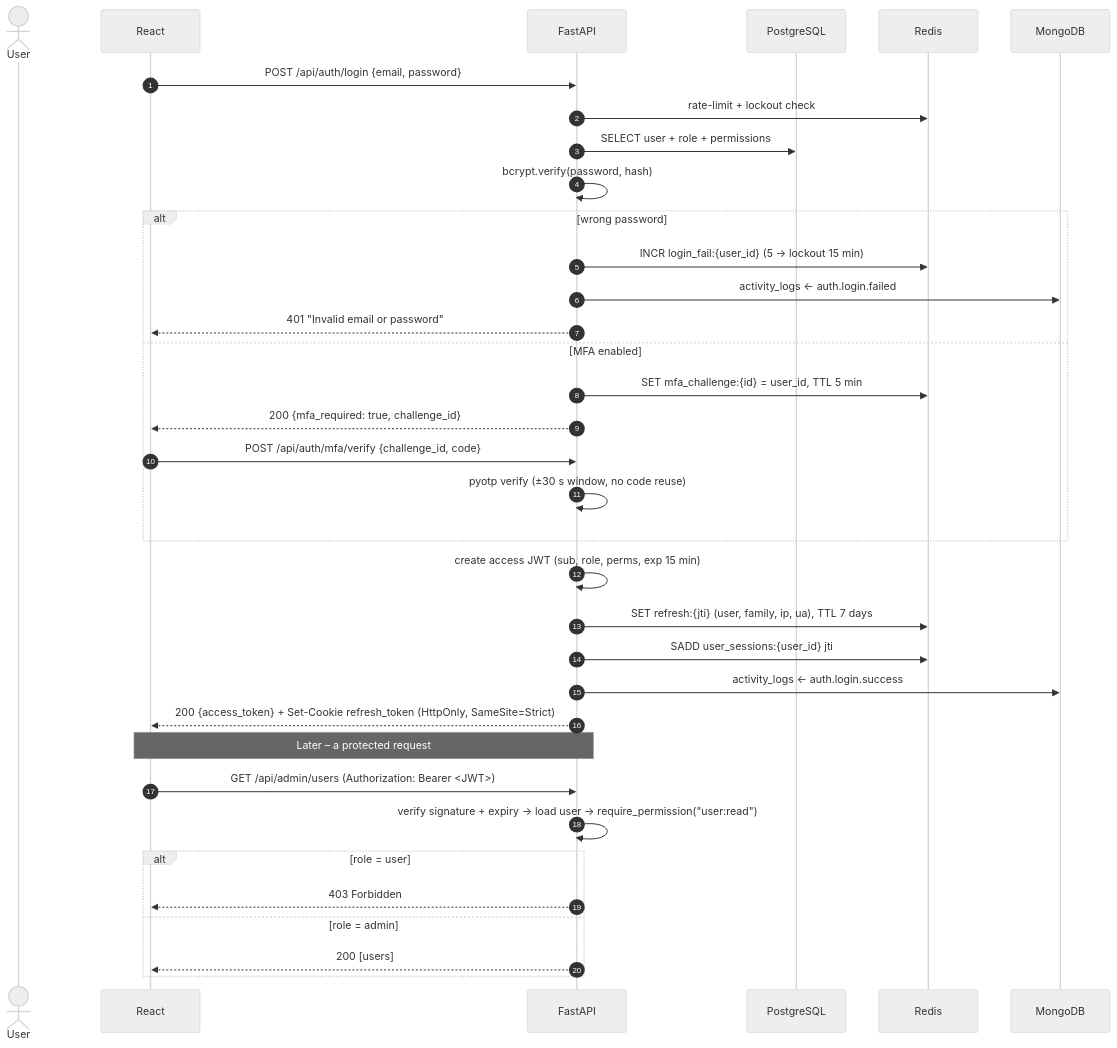
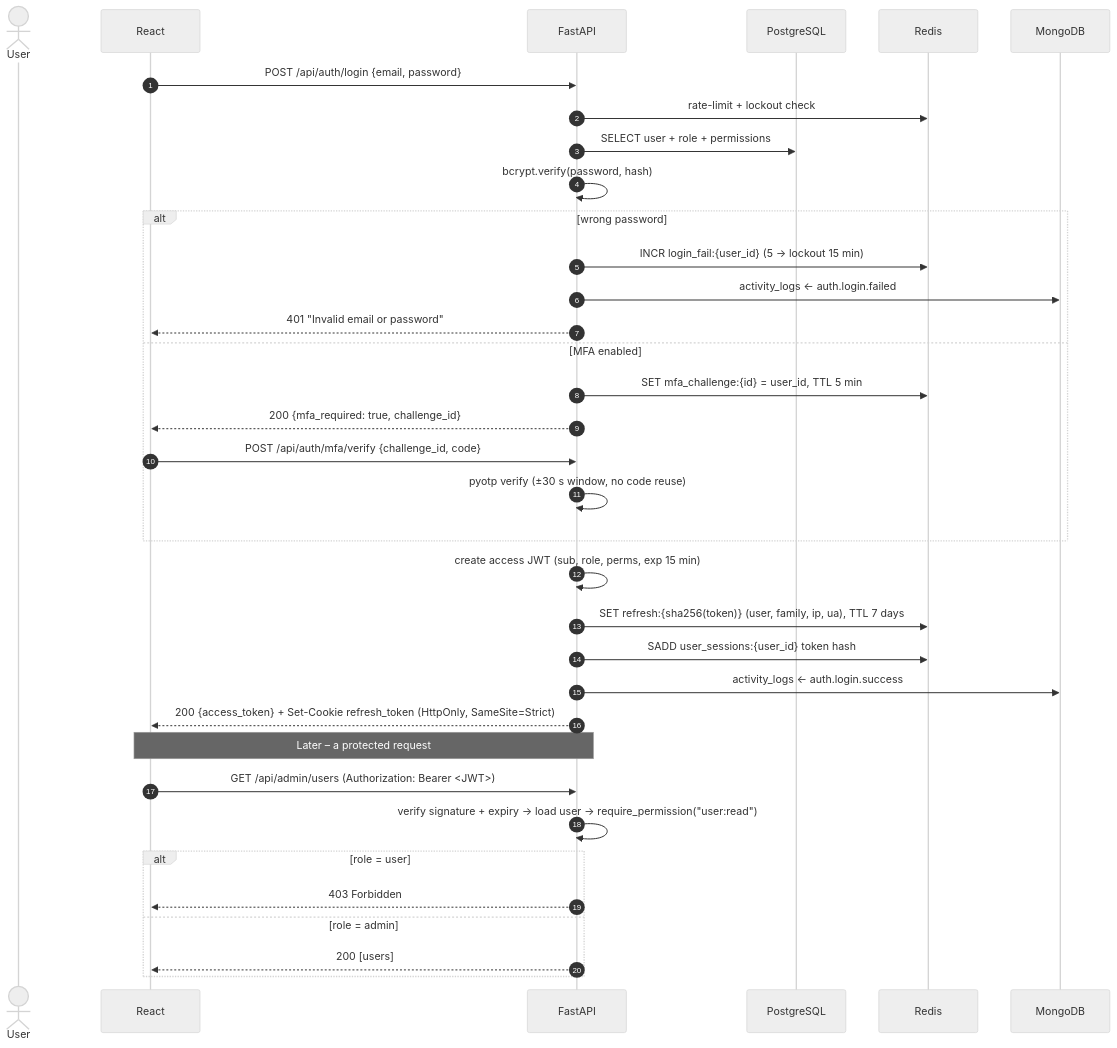
Before and after one commit to Vimaladharsan/TrustShare-Encrypted-File-Sharing-Collaboration-Platform: the third of 10 diagrams in docs/architecture.md, drawn with Mermaid (neutral theme). The commit also changed other lines of this file and 60 other files, not shown here.

Commit message:
docs: complete documentation with user guide, API reference, screenshots and deployment guide

````diff
--- a/docs/architecture.md
+++ b/docs/architecture.md
@@ -115,39 +166,39 @@
 ```mermaid
 sequenceDiagram
     autonumber
     actor U as User
     participant FE as React
     participant API as FastAPI
     participant PG as PostgreSQL
     participant R as Redis
     participant MO as MongoDB
 
     FE->>API: POST /api/auth/login {email, password}
     API->>R: rate-limit + lockout check
     API->>PG: SELECT user + role + permissions
     API->>API: bcrypt.verify(password, hash)
     alt wrong password
         API->>R: INCR login_fail:{user_id} (5 → lockout 15 min)
         API->>MO: activity_logs ← auth.login.failed
         API-->>FE: 401 "Invalid email or password"
     else MFA enabled
         API->>R: SET mfa_challenge:{id} = user_id, TTL 5 min
         API-->>FE: 200 {mfa_required: true, challenge_id}
         FE->>API: POST /api/auth/mfa/verify {challenge_id, code}
         API->>API: pyotp verify (±30 s window, no code reuse)
     end
     API->>API: create access JWT (sub, role, perms, exp 15 min)
-    API->>R: SET refresh:{jti} (user, family, ip, ua), TTL 7 days
-    API->>R: SADD user_sessions:{user_id} jti
+    API->>R: SET refresh:{sha256(token)} (user, family, ip, ua), TTL 7 days
+    API->>R: SADD user_sessions:{user_id} token hash
     API->>MO: activity_logs ← auth.login.success
     API-->>FE: 200 {access_token} + Set-Cookie refresh_token (HttpOnly, SameSite=Strict)
 
     Note over FE,API: Later – a protected request
     FE->>API: GET /api/admin/users  (Authorization: Bearer <JWT>)
     API->>API: verify signature + expiry → load user → require_permission("user:read")
     alt role = user
         API-->>FE: 403 Forbidden
     else role = admin
         API-->>FE: 200 [users]
     end
 ```
````
